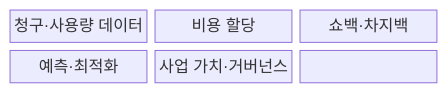
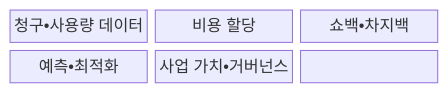
One commit to agnusdei1207/knowledge-base changed the first of 2 diagrams in src/content/docs/notes/08-latest-tech/178_finops.md. Above: the diagram before and after it, drawn with Mermaid. The commit also changed other lines of this file and 953 other files, not shown here.

````diff
--- a/src/content/docs/notes/08-latest-tech/178_finops.md
+++ b/src/content/docs/notes/08-latest-tech/178_finops.md
@@ -68,11 +68,11 @@
 ```mermaid
 block-beta
   columns 3
-  N0["청구·사용량 데이터"]
+  N0["청구•사용량 데이터"]
   N1["비용 할당"]
-  N2["쇼백·차지백"]
-  N3["예측·최적화"]
-  N4["사업 가치·거버넌스"]
+  N2["쇼백•차지백"]
+  N3["예측•최적화"]
+  N4["사업 가치•거버넌스"]
   N0 --- N1 --- N2
   N2 --- N3 --- N4
 ```
````
